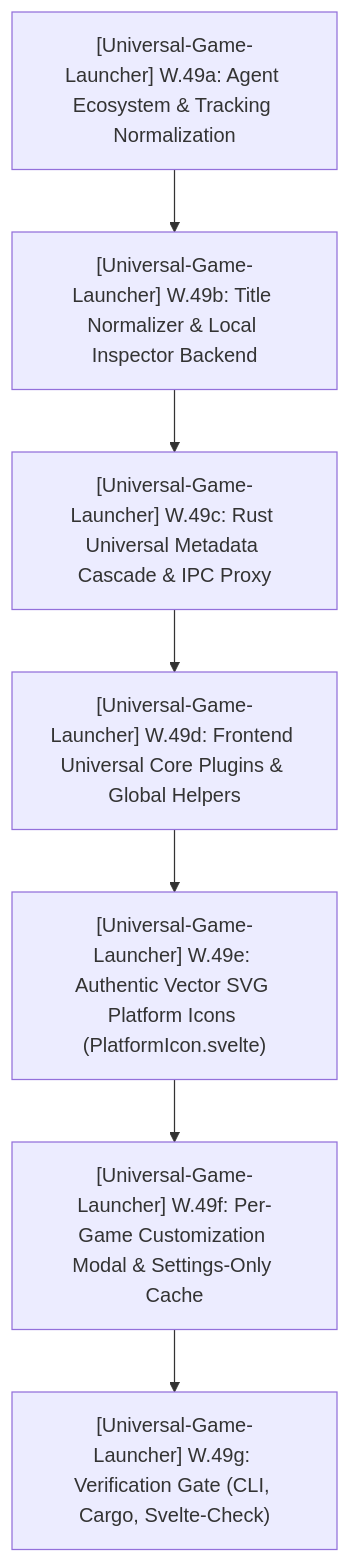
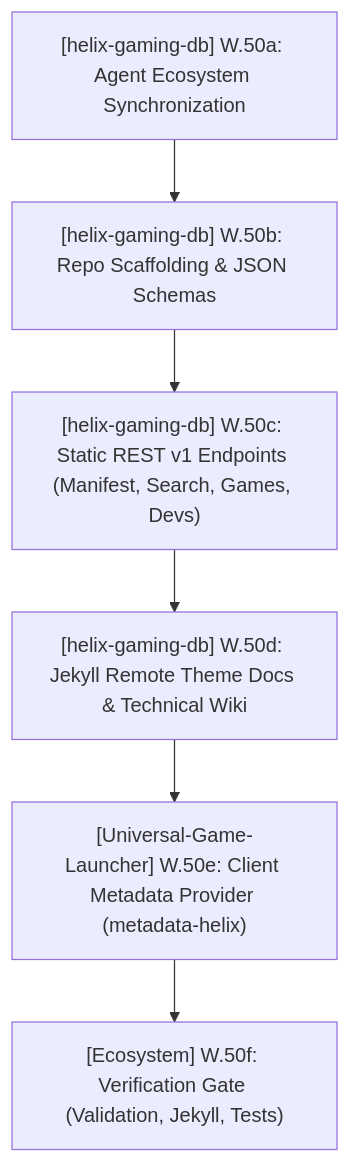
One commit to HELIX-Origin/agents changed the diagram in PLAN.md. Above: the diagram before and after it, drawn with Mermaid. The commit also changed other lines of this file and 7 other files, not shown here.

Commit message:
docs(ecosystem): synchronize agent ecosystem & tracking ledgers for helix-gaming-db release

````diff
--- a/PLAN.md
+++ b/PLAN.md
@@ -28,9 +27,8 @@
 ```mermaid
 flowchart TD
-    S26_1["[Universal-Game-Launcher] W.49a: Agent Ecosystem & Tracking Normalization"] --> S26_2["[Universal-Game-Launcher] W.49b: Title Normalizer & Local Inspector Backend"]
-    S26_2 --> S26_3["[Universal-Game-Launcher] W.49c: Rust Universal Metadata Cascade & IPC Proxy"]
-    S26_3 --> S26_4["[Universal-Game-Launcher] W.49d: Frontend Universal Core Plugins & Global Helpers"]
-    S26_4 --> S26_5["[Universal-Game-Launcher] W.49e: Authentic Vector SVG Platform Icons (PlatformIcon.svelte)"]
-    S26_5 --> S26_6["[Universal-Game-Launcher] W.49f: Per-Game Customization Modal & Settings-Only Cache"]
-    S26_6 --> S26_Gate["[Universal-Game-Launcher] W.49g: Verification Gate (CLI, Cargo, Svelte-Check)"]
+    S27_1["[helix-gaming-db] W.50a: Agent Ecosystem Synchronization"] --> S27_2["[helix-gaming-db] W.50b: Repo Scaffolding & JSON Schemas"]
+    S27_2 --> S27_3["[helix-gaming-db] W.50c: Static REST v1 Endpoints (Manifest, Search, Games, Devs)"]
+    S27_3 --> S27_4["[helix-gaming-db] W.50d: Jekyll Remote Theme Docs & Technical Wiki"]
+    S27_4 --> S27_5["[Universal-Game-Launcher] W.50e: Client Metadata Provider (metadata-helix)"]
+    S27_5 --> S27_6["[Ecosystem] W.50f: Verification Gate (Validation, Jekyll, Tests)"]
 ```
````
